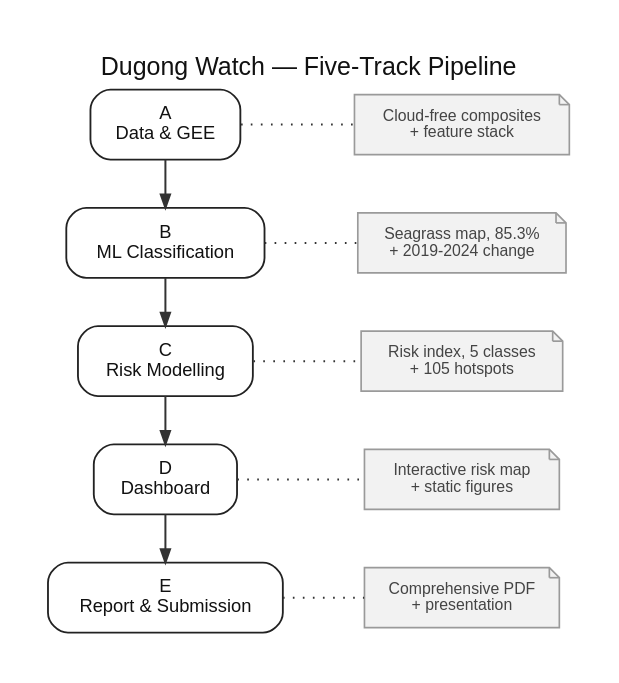
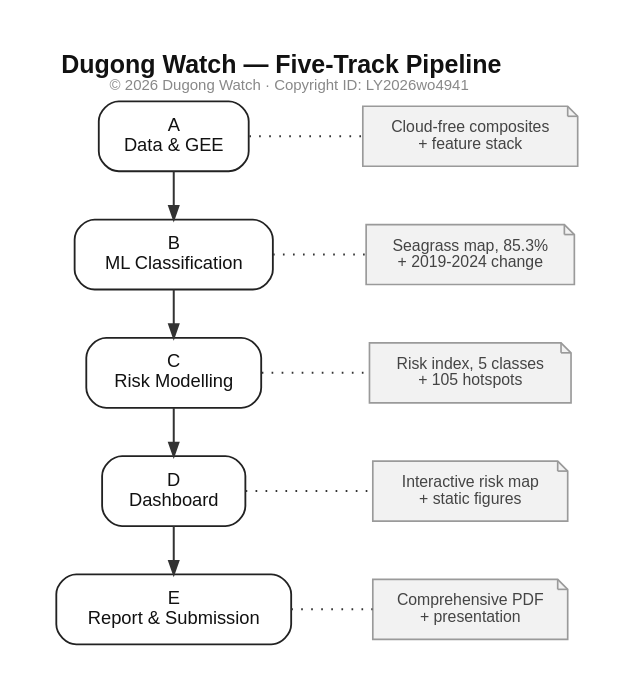
One commit to AbdulkarimBisharah/dugong-uae changed the diagram in diagrams/2_five_track_pipeline.dot. Above: the diagram before and after it, drawn with Graphviz. The commit also changed 26 other files, not shown here.

First line of the commit message:
docs: stamp diagrams with copyright ID LY2026wo4941; add all 6 to report

```diff
--- a/diagrams/2_five_track_pipeline.dot
+++ b/diagrams/2_five_track_pipeline.dot
@@ -1,30 +1,30 @@
 digraph pipeline {
   rankdir=LR;
-  graph [fontname="Helvetica", label="Dugong Watch — Five-Track Pipeline", labelloc=t, fontsize=15, fontcolor="#111111", bgcolor="white", nodesep=0.4, ranksep=0.6, pad=0.3];
+  graph [fontname="Helvetica", label=<<b>Dugong Watch — Five-Track Pipeline</b><br/><font point-size="9" color="#888888">&#169; 2026 Dugong Watch &#183; Copyright ID: LY2026wo4941</font>>, labelloc=t, fontsize=15, fontcolor="#111111", bgcolor="white", nodesep=0.4, ranksep=0.6, pad=0.3];
   node  [shape=box, style="rounded,filled", fillcolor="white", color="#222222", penwidth=1.1, fontname="Helvetica", fontsize=11, fontcolor="#111111", margin="0.18,0.12"];
   edge  [color="#333333", penwidth=1.2, arrowsize=0.8];
 
   a [label="A\nData & GEE"];
   b [label="B\nML Classification"];
   c [label="C\nRisk Modelling"];
   d [label="D\nDashboard"];
   e [label="E\nReport & Submission"];
 
   a -> b -> c -> d -> e;
 
   node [shape=note, style="filled", fillcolor="#f2f2f2", color="#9a9a9a", penwidth=1.0, fontsize=9.5, fontcolor="#444444", margin="0.14,0.08"];
   oa [label="Cloud-free composites\n+ feature stack"];
   ob [label="Seagrass map, 85.3%\n+ 2019-2024 change"];
   oc [label="Risk index, 5 classes\n+ 105 hotspots"];
   od [label="Interactive risk map\n+ static figures"];
   oe [label="Comprehensive PDF\n+ presentation"];
 
   a -> oa [style=dotted, arrowhead=none];
   b -> ob [style=dotted, arrowhead=none];
   c -> oc [style=dotted, arrowhead=none];
   d -> od [style=dotted, arrowhead=none];
   e -> oe [style=dotted, arrowhead=none];
 
   { rank=same; a; b; c; d; e; }
   { rank=same; oa; ob; oc; od; oe; }
 }
```
